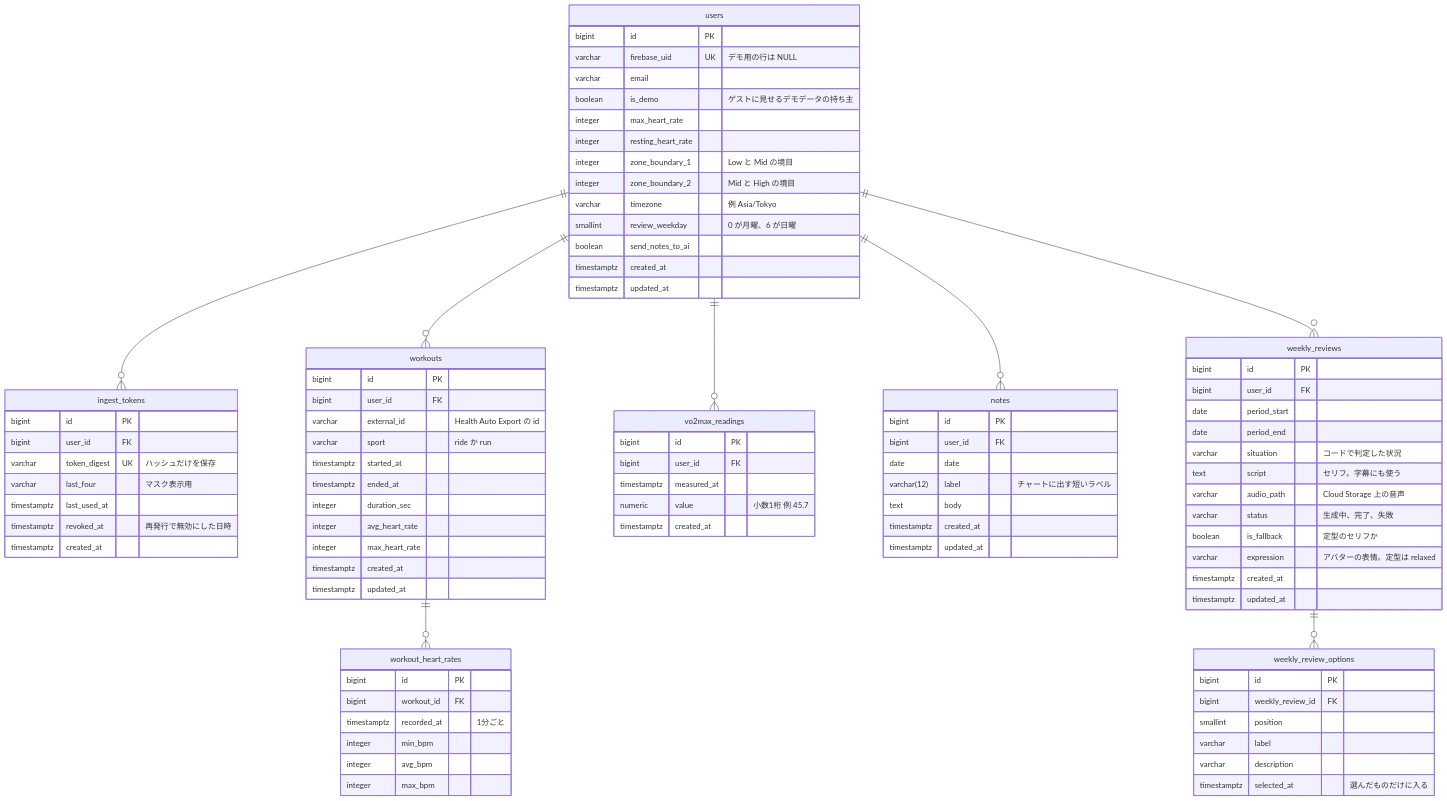
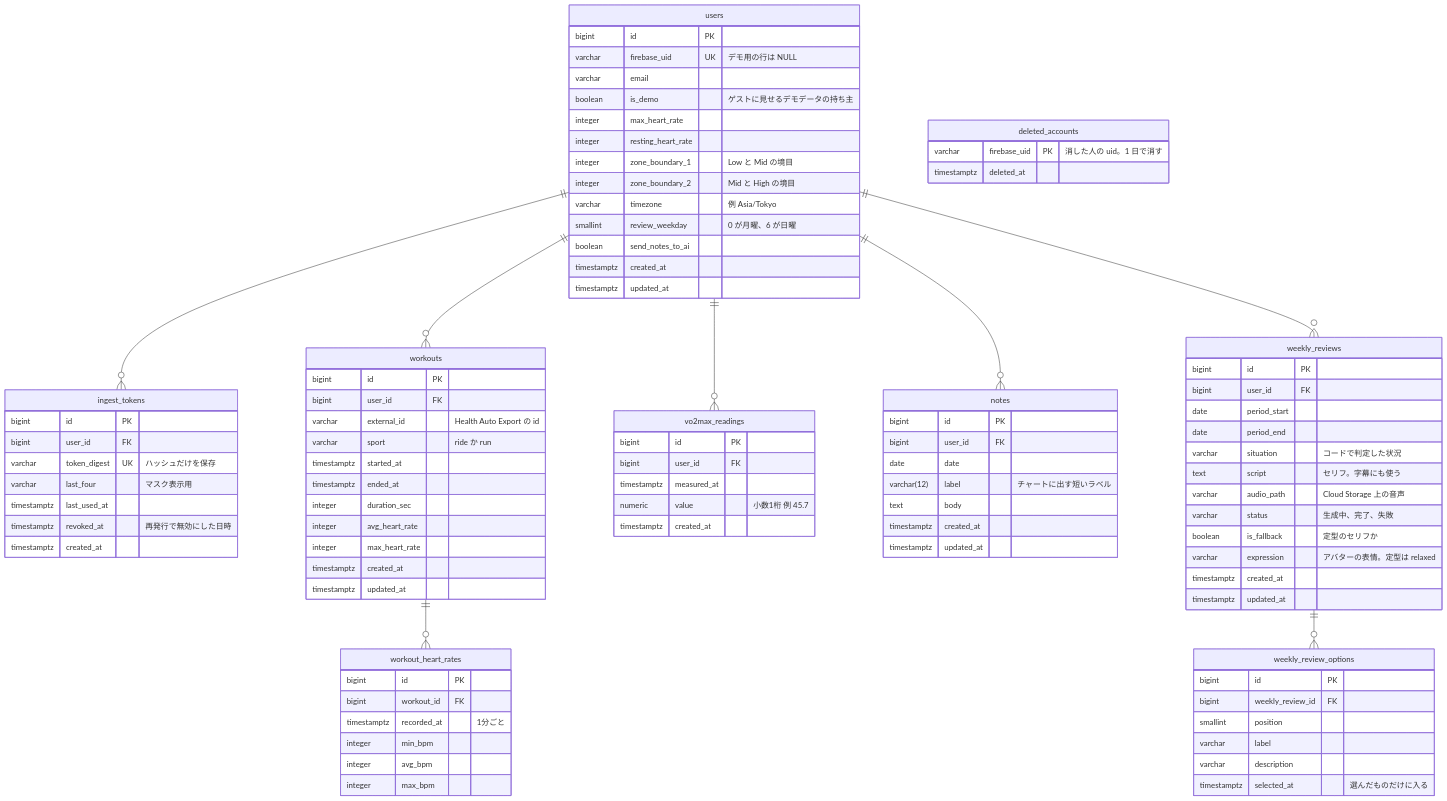
One commit to d-station-grid/loadline changed the diagram in docs/er-diagram.md. Above: the diagram before and after it, drawn with Mermaid. The commit also changed other lines of this file and 19 other files, not shown here.

```diff
--- a/docs/er-diagram.md
+++ b/docs/er-diagram.md
@@ -9,6 +9,11 @@
   users ||--o{ notes : ""
   users ||--o{ weekly_reviews : ""
   weekly_reviews ||--o{ weekly_review_options : ""
+
+  deleted_accounts {
+    varchar firebase_uid PK "消した人の uid。1 日で消す"
+    timestamptz deleted_at
+  }
 
   users {
     bigint id PK
```
